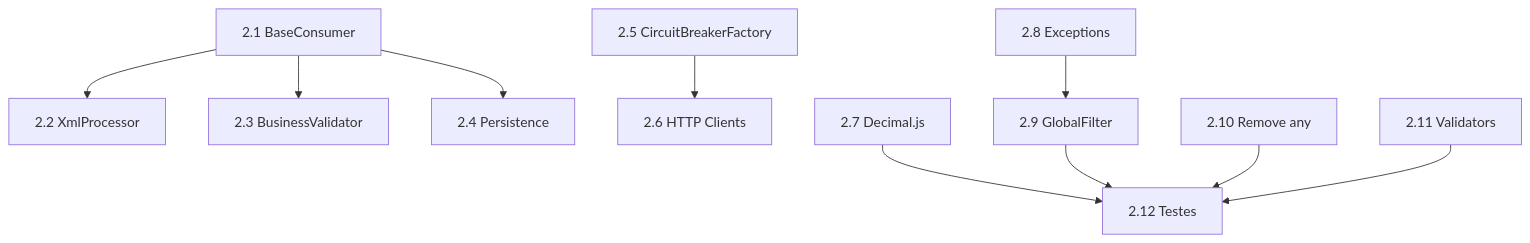
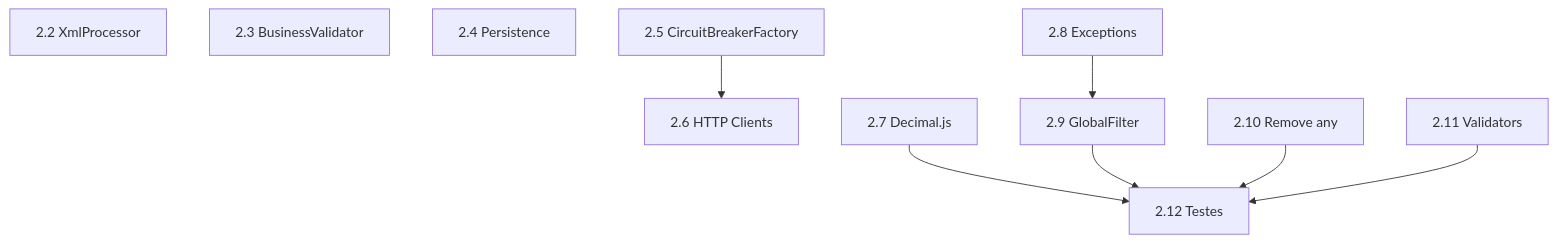
Before and after one commit to guilhermegradaschi/finance-consumer: the third of 5 diagrams in docs/04-refactor-roadmap.md, drawn with Mermaid. The commit also changed other lines of this file and 68 other files, not shown here.

````diff
--- a/docs/04-refactor-roadmap.md
+++ b/docs/04-refactor-roadmap.md
@@ -179,15 +167,15 @@
 ```mermaid
 graph TD
-    A[2.1 BaseConsumer] --> B[2.2 XmlProcessor]
-    A --> C[2.3 BusinessValidator]
-    A --> D[2.4 Persistence]
+    B[2.2 XmlProcessor]
+    C[2.3 BusinessValidator]
+    D[2.4 Persistence]
     
     E[2.5 CircuitBreakerFactory] --> F[2.6 HTTP Clients]
     
     G[2.7 Decimal.js] --> H[2.12 Testes]
     I[2.8 Exceptions] --> J[2.9 GlobalFilter]
     J --> H
     
     K[2.10 Remove any] --> H
     L[2.11 Validators] --> H
 ```
````
